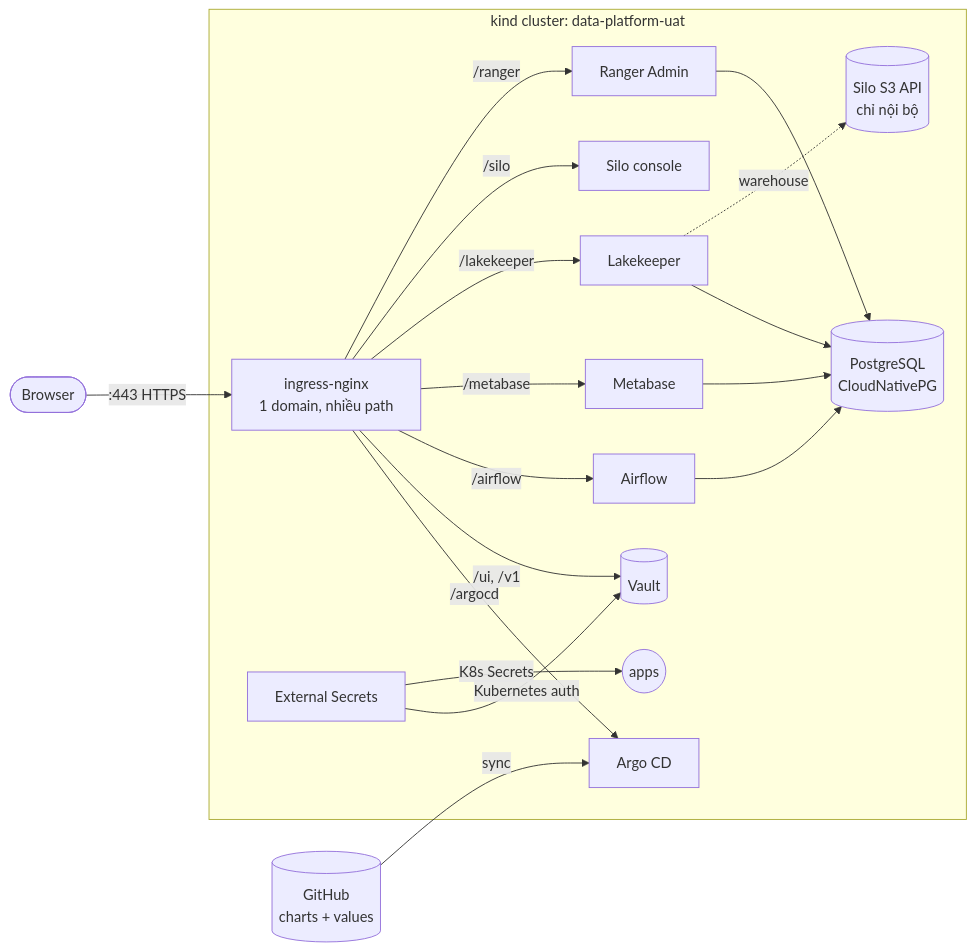
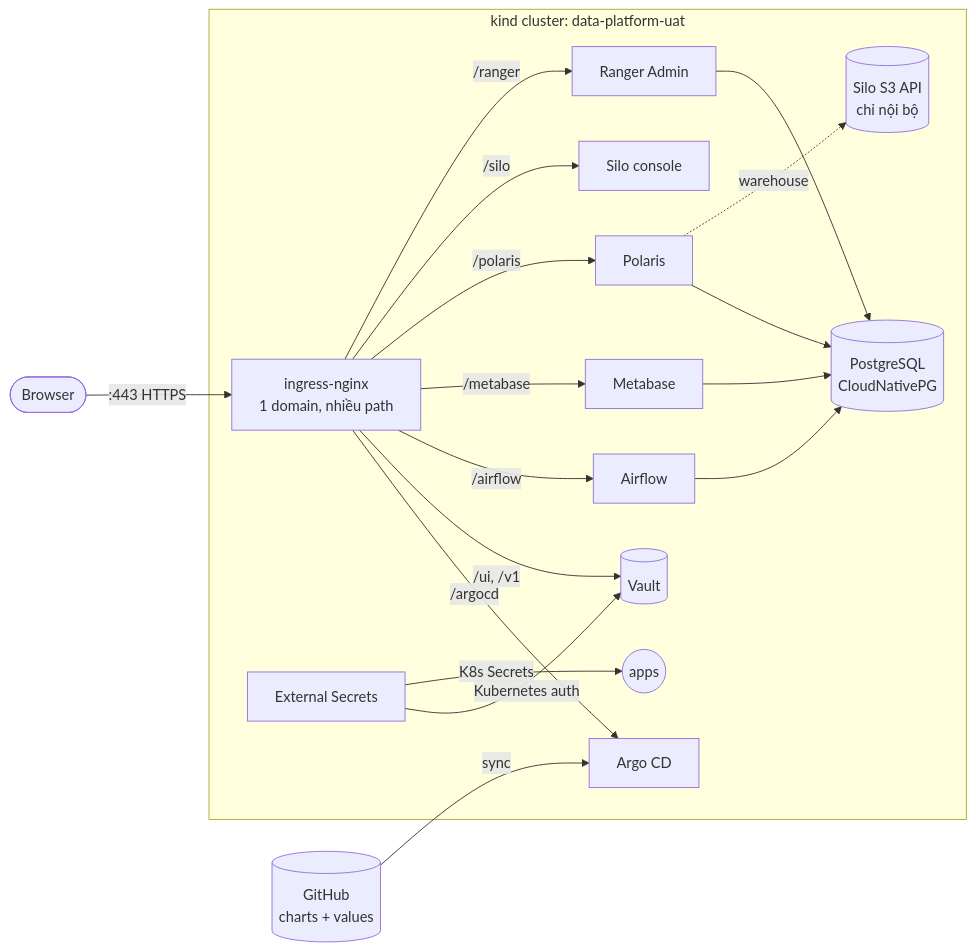
One commit to viethqb/data-platform-k8s-demo changed the diagram in README.md. Above: the diagram before and after it, drawn with Mermaid. The commit also changed other lines of this file and 269 other files, not shown here.

First line of the commit message:
feat!: replace Lakekeeper with Apache Polaris

````diff
--- a/README.md
+++ b/README.md
@@ -18,26 +18,26 @@
 ```mermaid
 flowchart LR
   browser([Browser]) -->|":443 HTTPS"| nginx[ingress-nginx<br/>1 domain, nhiều path]
 
   subgraph kind["kind cluster: data-platform-uat"]
     nginx -->|/argocd| argocd[Argo CD]
     nginx -->|"/ui, /v1"| vault[(Vault)]
     nginx -->|/airflow| airflow[Airflow]
     nginx -->|/metabase| metabase[Metabase]
-    nginx -->|/lakekeeper| lakekeeper[Lakekeeper]
+    nginx -->|/polaris| polaris[Polaris]
     nginx -->|/silo| siloc[Silo console]
     nginx -->|/ranger| ranger[Ranger Admin]
 
     eso[External Secrets] -->|Kubernetes auth| vault
     eso -->|K8s Secrets| apps((apps))
     pg[(PostgreSQL<br/>CloudNativePG)]
     silo[(Silo S3 API<br/>chỉ nội bộ)]
-    lakekeeper --> pg
+    polaris --> pg
     airflow --> pg
     metabase --> pg
     ranger --> pg
-    lakekeeper -. warehouse .-> silo
+    polaris -. warehouse .-> silo
   end
 
   git[(GitHub<br/>charts + values)] -->|sync| argocd
 ```
````
